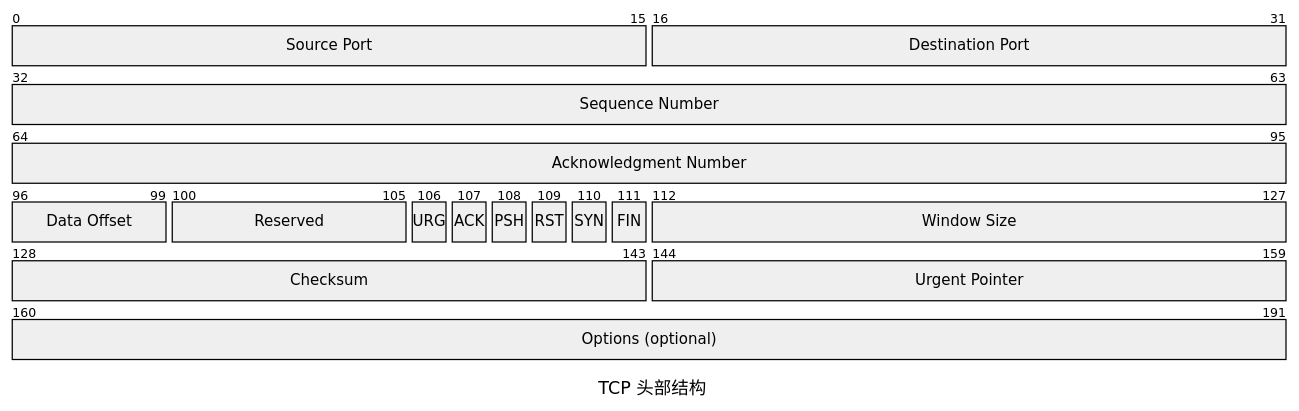
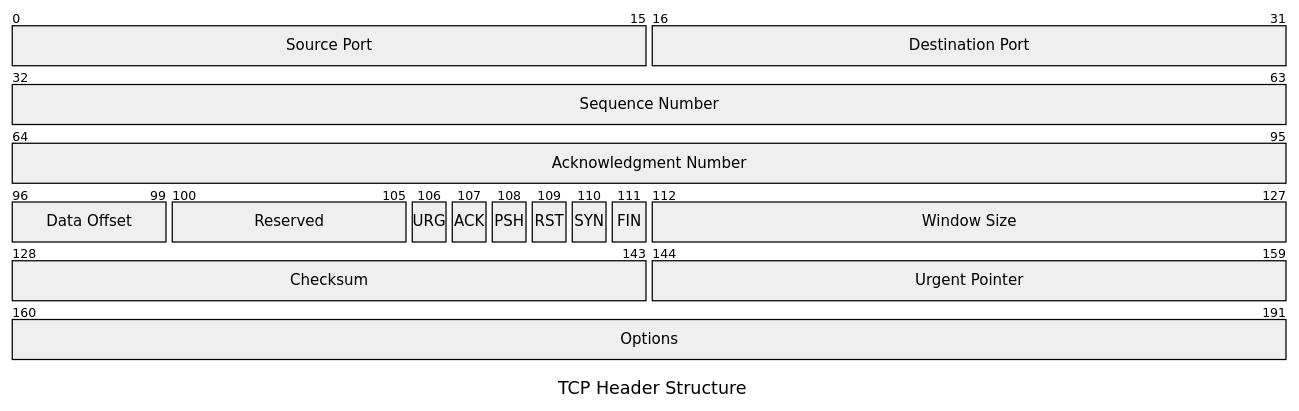
Before and after one commit to xingmihai/xmh-mdui: diagram 21 of 21 in posts/mermaid-showcase.md, drawn with Mermaid (neutral theme). The commit also changed other lines of this file, not shown here.

````diff
--- a/posts/mermaid-showcase.md
+++ b/posts/mermaid-showcase.md
@@ -521,20 +519,20 @@
 ```mermaid
 packet-beta
-    title TCP 头部结构
+    title TCP Header Structure
     0-15: "Source Port"
     16-31: "Destination Port"
     32-63: "Sequence Number"
     64-95: "Acknowledgment Number"
     96-99: "Data Offset"
     100-105: "Reserved"
     106: "URG"
     107: "ACK"
     108: "PSH"
     109: "RST"
     110: "SYN"
     111: "FIN"
     112-127: "Window Size"
     128-143: "Checksum"
     144-159: "Urgent Pointer"
-    160-191: "Options (optional)"
+    160-191: "Options"
 ```
````
